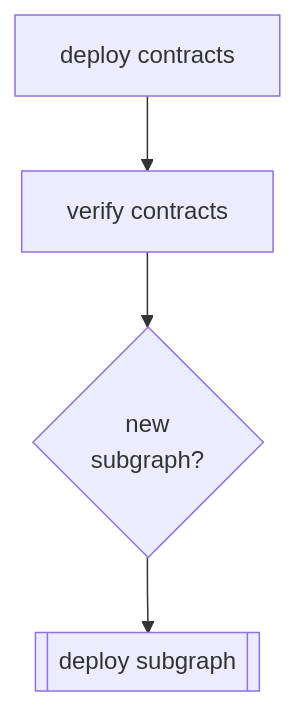
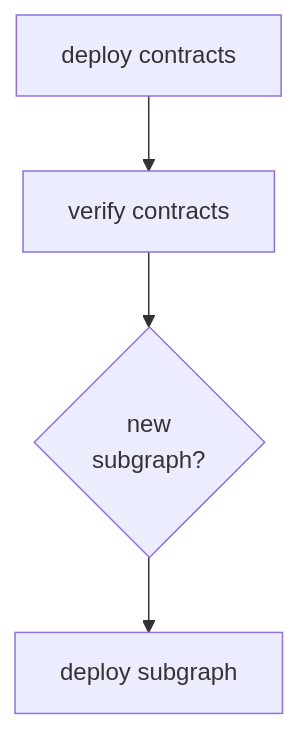
The diagram in packages/contracts/docs/developer-portal/04-framework-lifecycle/04-sub-processes/05-deployment.md (aragon/osx), drawn with Mermaid before and after one commit. The commit also changed 9 other files, not shown here.

````diff
--- a/packages/contracts/docs/developer-portal/04-framework-lifecycle/04-sub-processes/05-deployment.md
+++ b/packages/contracts/docs/developer-portal/04-framework-lifecycle/04-sub-processes/05-deployment.md
@@ -3,13 +3,13 @@
 ```mermaid
 flowchart TD
 
     deployContracts["deploy contracts"]
     verifyContract["verify contracts"]
 
     newSubgraph{"new \n subgraph?"}
-    deploySubgraph[["deploy subgraph"]]
+    deploySubgraph["deploy subgraph"]
 
     deployContracts --> verifyContract --> newSubgraph --> deploySubgraph
 
 
 ```
````
